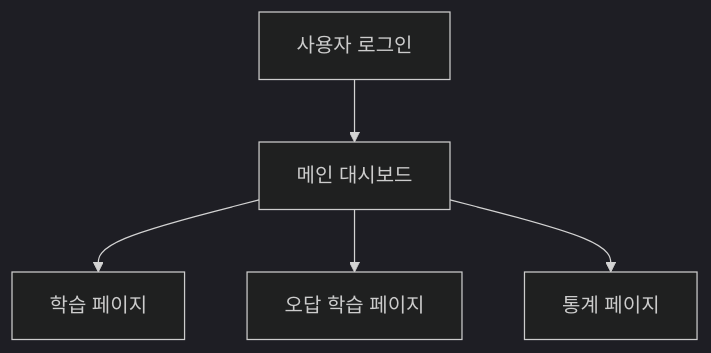
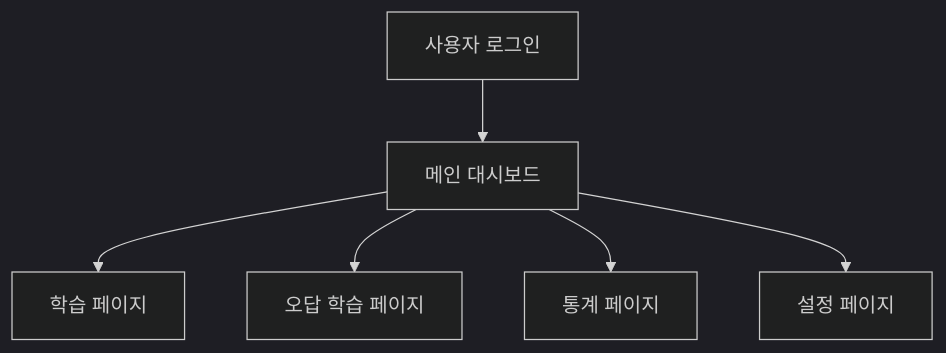
Before and after one commit to B-106/beatus_flashcard: the diagram in README.md, drawn with Mermaid (dark theme). The commit also changed other lines of this file, not shown here.

````diff
--- a/README.md
+++ b/README.md
@@ -47,12 +28,14 @@
 ```mermaid
 flowchart TD
     A[사용자 로그인]
     B[메인 대시보드]
     C[학습 페이지]
     D[오답 학습 페이지]
     E[통계 페이지]
+    F[설정 페이지]
     A --> B
     B --> C
     B --> D
     B --> E
+    B --> F
 ```
````
